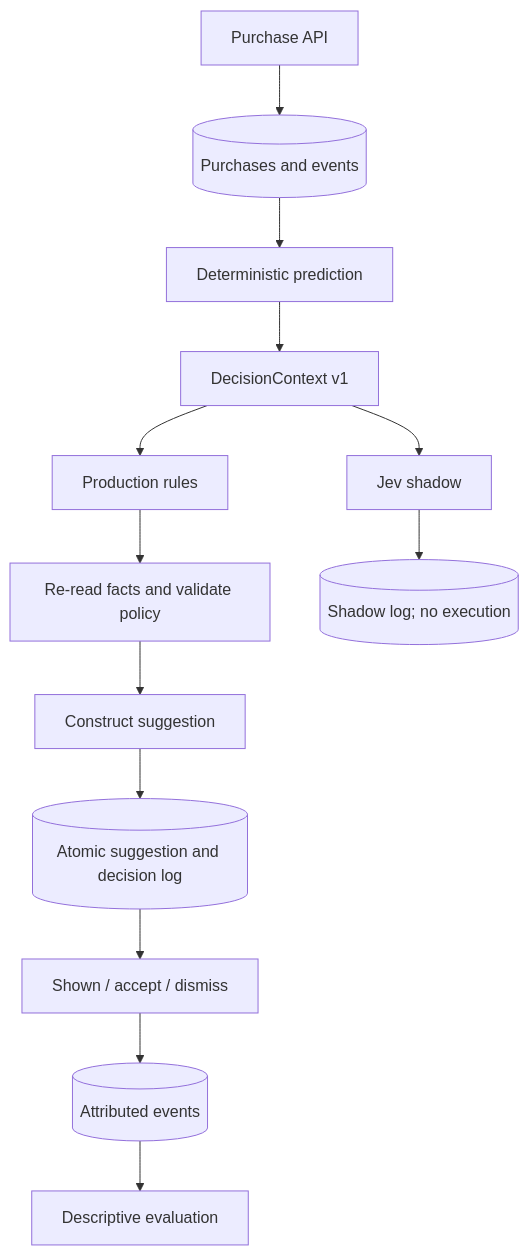
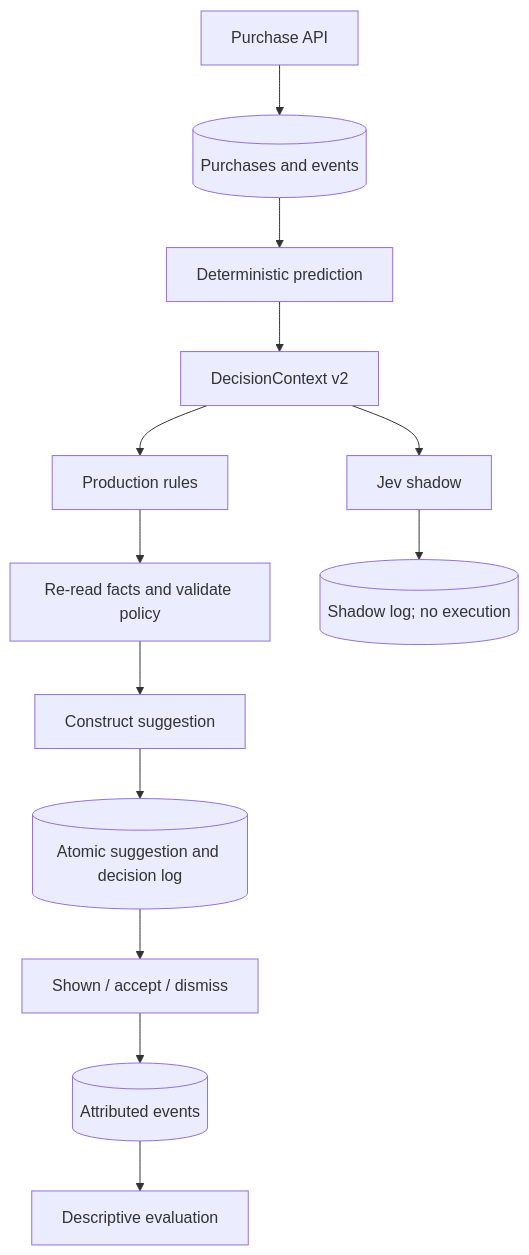
The diagram in docs/design.md (mahasachan/smart-replenish), drawn with Mermaid before and after one commit. The commit also changed other lines of this file and 31 other files, not shown here.

````diff
--- a/docs/design.md
+++ b/docs/design.md
@@ -213,15 +213,15 @@
 ```mermaid
 flowchart TD
   HTTP[Purchase API] --> Facts[(Purchases and events)]
   Facts --> Predict[Deterministic prediction]
-  Predict --> Context[DecisionContext v1]
+  Predict --> Context[DecisionContext v2]
   Context --> Rules[Production rules]
   Context --> Jev[Jev shadow]
   Rules --> Policy[Re-read facts and validate policy]
   Policy --> Execute[Construct suggestion]
   Execute --> Commit[(Atomic suggestion and decision log)]
   Jev --> Shadow[(Shadow log; no execution)]
   Commit --> Feedback[Shown / accept / dismiss]
   Feedback --> Events[(Attributed events)]
   Events --> Metrics[Descriptive evaluation]
 ```
````
